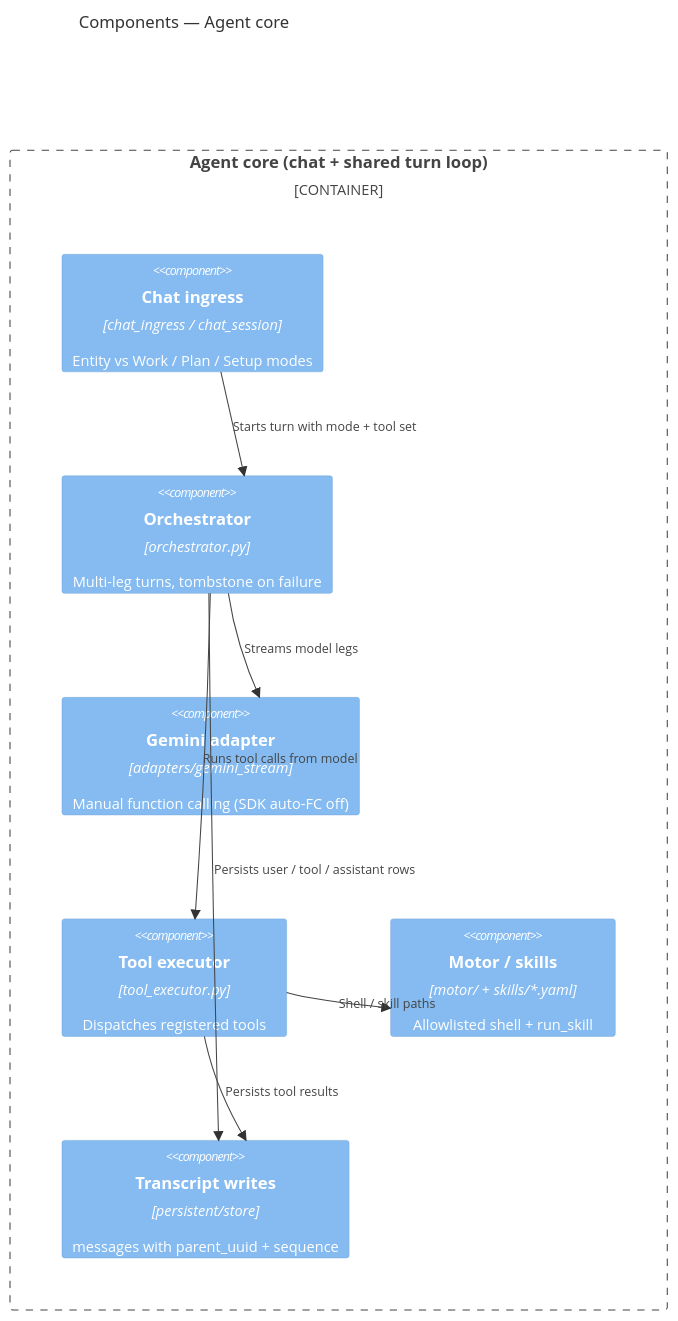
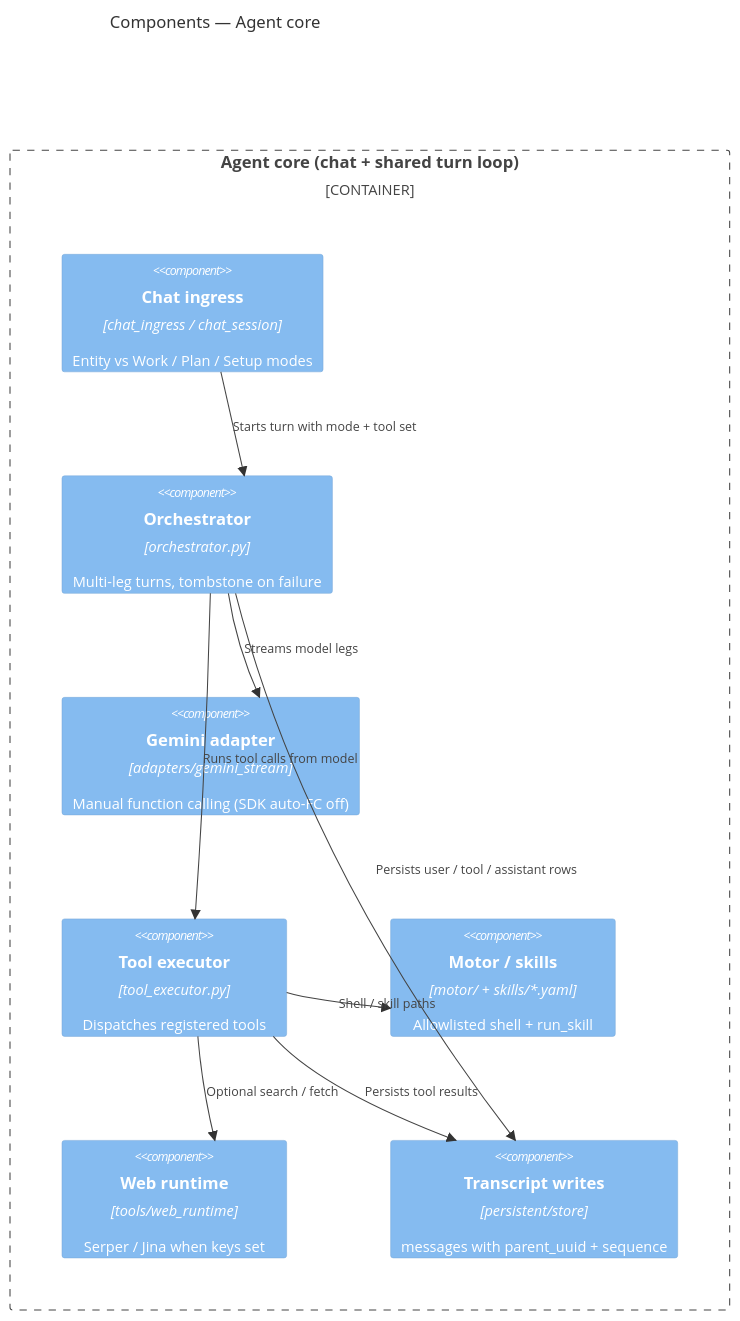
The diagram in docs/c4/3-components/agent-core.mmd (aryanjohari/ADA), drawn with Mermaid before and after one commit. The commit also changed 25 other files, not shown here.

```diff
--- a/docs/c4/3-components/agent-core.mmd
+++ b/docs/c4/3-components/agent-core.mmd
@@ -1,18 +1,20 @@
 C4Component
   title Components — Agent core
 
   Container_Boundary(agentCore, "Agent core (chat + shared turn loop)") {
     Component(ingress, "Chat ingress", "chat_ingress / chat_session", "Entity vs Work / Plan / Setup modes")
     Component(orch, "Orchestrator", "orchestrator.py", "Multi-leg turns, tombstone on failure")
-    Component(gemini, "Gemini adapter", "adapters/gemini_stream", "Manual function calling (SDK auto-FC off)")
+    Component(geminiAd, "Gemini adapter", "adapters/gemini_stream", "Manual function calling (SDK auto-FC off)")
     Component(tools, "Tool executor", "tool_executor.py", "Dispatches registered tools")
     Component(motor, "Motor / skills", "motor/ + skills/*.yaml", "Allowlisted shell + run_skill")
+    Component(webRt, "Web runtime", "tools/web_runtime", "Serper / Jina when keys set")
     Component(persist, "Transcript writes", "persistent/store", "messages with parent_uuid + sequence")
   }
 
   Rel(ingress, orch, "Starts turn with mode + tool set")
-  Rel(orch, gemini, "Streams model legs")
+  Rel(orch, geminiAd, "Streams model legs")
   Rel(orch, tools, "Runs tool calls from model")
   Rel(tools, motor, "Shell / skill paths")
+  Rel(tools, webRt, "Optional search / fetch")
   Rel(orch, persist, "Persists user / tool / assistant rows")
   Rel(tools, persist, "Persists tool results")
```
